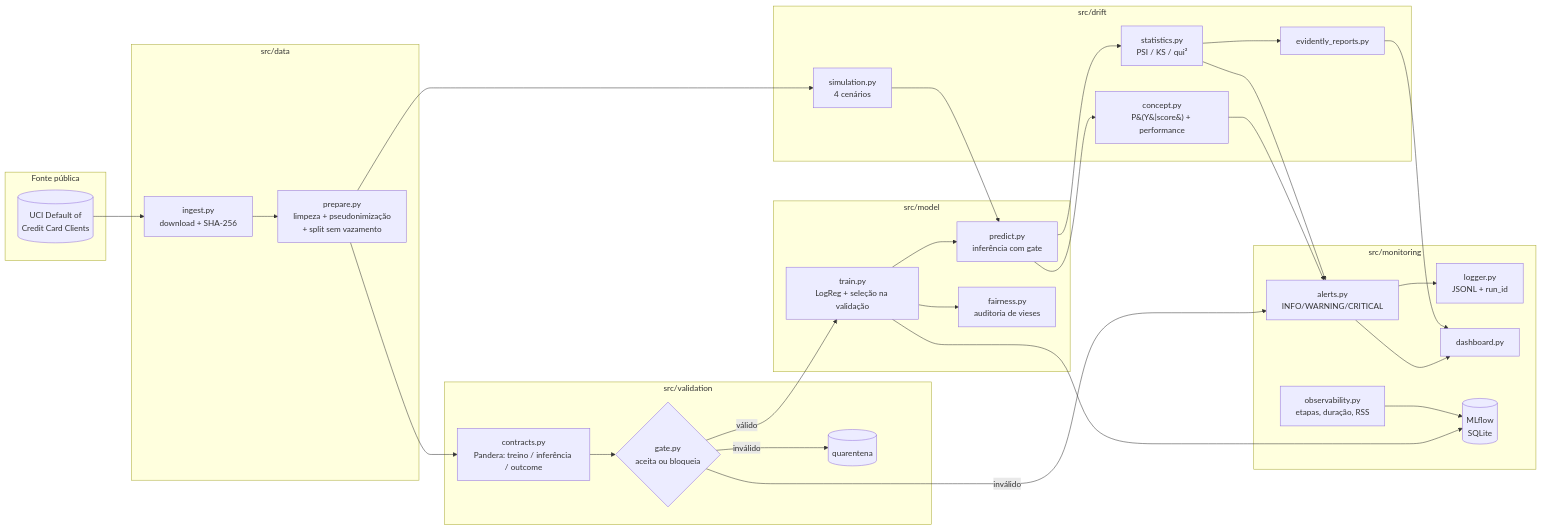
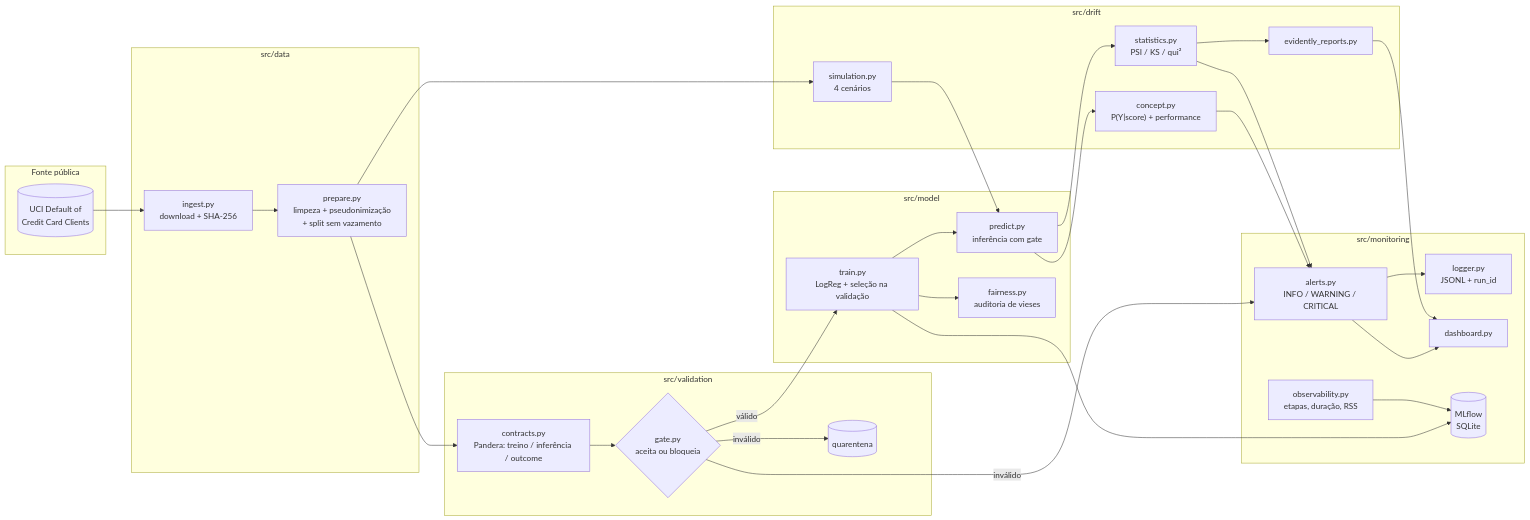
The first of 2 diagrams in README.md (caiofreitaz/credit-scoring-ml-observability), drawn with Mermaid before and after one commit. The commit also changed 1 other file, not shown here.

Commit message:
docs: fix mermaid diagrams rendering on GitHub
Quote node labels and remove HTML entities so GitHub's Mermaid parser renders the architecture and sequence diagrams.

````diff
--- a/README.md
+++ b/README.md
@@ -66,47 +66,47 @@
 ```mermaid
 flowchart LR
     subgraph Fonte["Fonte pública"]
-        UCI[(UCI Default of<br/>Credit Card Clients)]
+        UCI[("UCI Default of<br/>Credit Card Clients")]
     end
     subgraph Dados["src/data"]
-        ING[ingest.py<br/>download + SHA-256]
-        PREP[prepare.py<br/>limpeza + pseudonimização<br/>+ split sem vazamento]
+        ING["ingest.py<br/>download + SHA-256"]
+        PREP["prepare.py<br/>limpeza + pseudonimização<br/>+ split sem vazamento"]
     end
     subgraph Contratos["src/validation"]
-        CT[contracts.py<br/>Pandera: treino / inferência / outcome]
-        GATE{gate.py<br/>aceita ou bloqueia}
-        Q[(quarentena)]
+        CT["contracts.py<br/>Pandera: treino / inferência / outcome"]
+        GATE{"gate.py<br/>aceita ou bloqueia"}
+        Q[("quarentena")]
     end
     subgraph Modelo["src/model"]
-        TR[train.py<br/>LogReg + seleção na validação]
-        PR[predict.py<br/>inferência com gate]
-        FA[fairness.py<br/>auditoria de vieses]
+        TR["train.py<br/>LogReg + seleção na validação"]
+        PR["predict.py<br/>inferência com gate"]
+        FA["fairness.py<br/>auditoria de vieses"]
     end
     subgraph Drift["src/drift"]
-        SIM[simulation.py<br/>4 cenários]
-        ST[statistics.py<br/>PSI / KS / qui²]
-        CC[concept.py<br/>P&#40;Y&#124;score&#41; + performance]
-        EV[evidently_reports.py]
+        SIM["simulation.py<br/>4 cenários"]
+        ST["statistics.py<br/>PSI / KS / qui²"]
+        CC["concept.py<br/>P(Y|score) + performance"]
+        EV["evidently_reports.py"]
     end
     subgraph Obs["src/monitoring"]
-        AL[alerts.py<br/>INFO/WARNING/CRITICAL]
-        LG[logger.py<br/>JSONL + run_id]
-        OB[observability.py<br/>etapas, duração, RSS]
-        DB[dashboard.py]
-        ML[(MLflow<br/>SQLite)]
+        AL["alerts.py<br/>INFO / WARNING / CRITICAL"]
+        LG["logger.py<br/>JSONL + run_id"]
+        OB["observability.py<br/>etapas, duração, RSS"]
+        DB["dashboard.py"]
+        ML[("MLflow<br/>SQLite")]
     end
     UCI --> ING --> PREP --> CT --> GATE
     GATE -- inválido --> Q
     GATE -- inválido --> AL
     GATE -- válido --> TR --> PR
     TR --> FA
     PREP --> SIM --> PR --> ST --> EV
     PR --> CC
     ST --> AL
     CC --> AL
     AL --> LG
     OB --> ML
     TR --> ML
     EV --> DB
     AL --> DB
 ```
````
